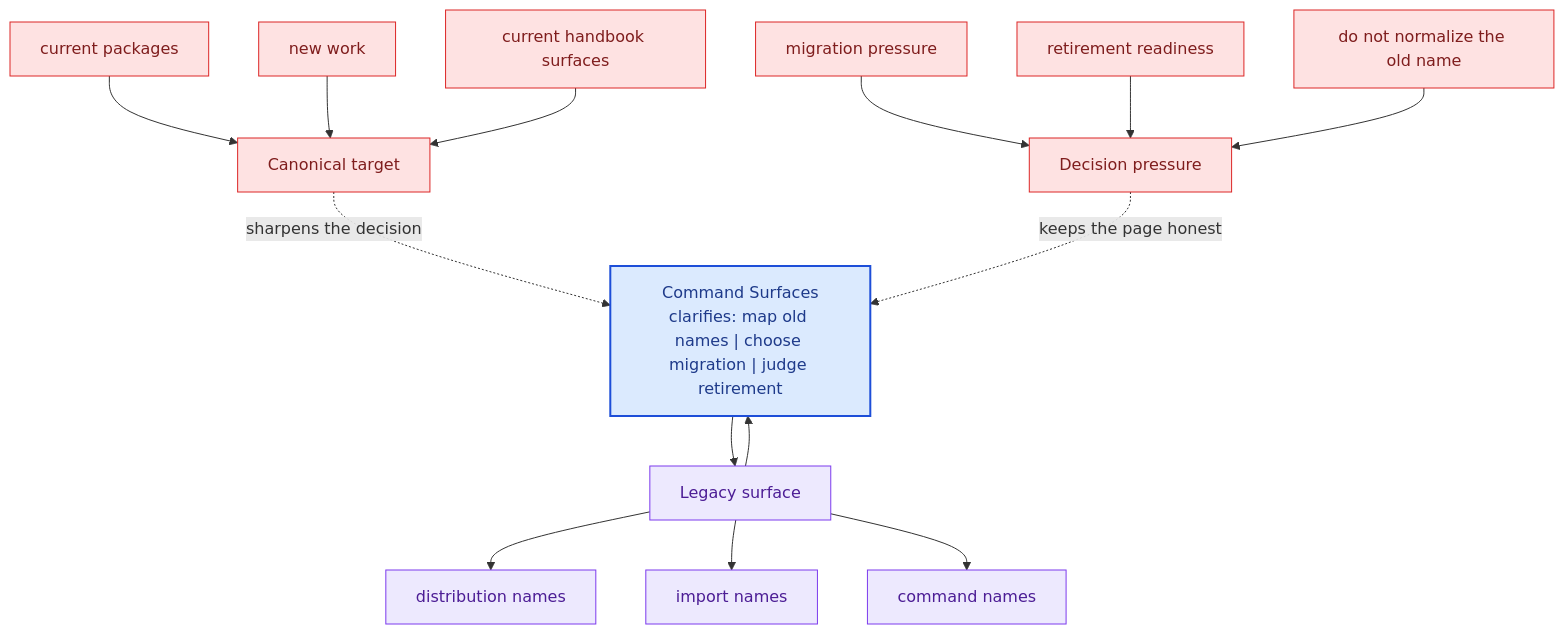
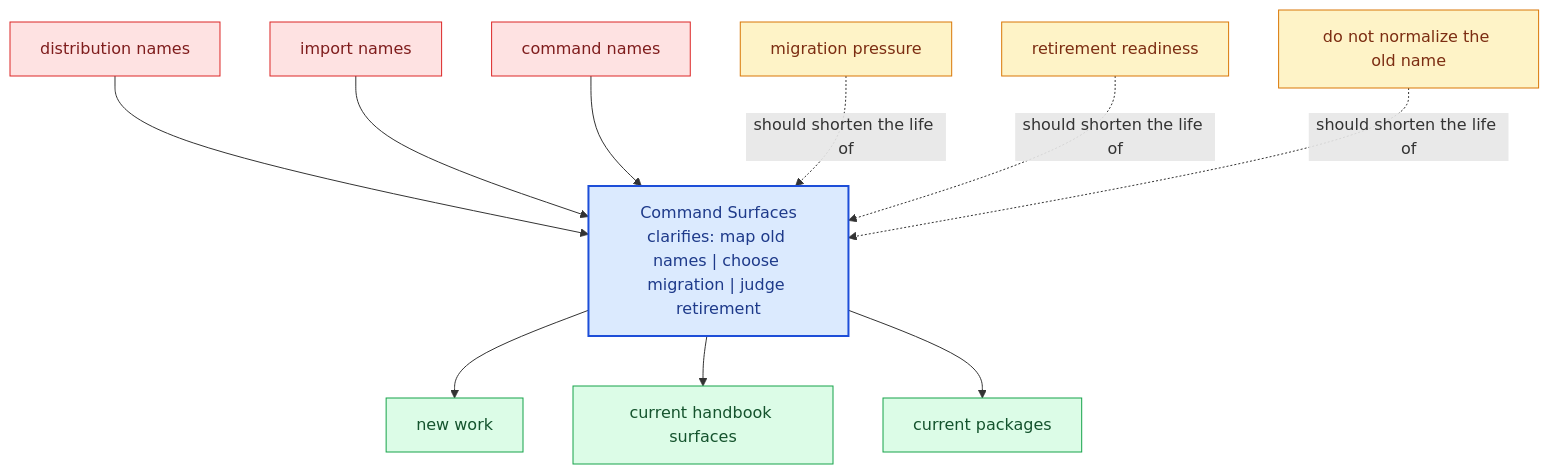
One commit to bijux/bijux-canon changed the diagram in docs/compat-packages/command-surfaces.md. Above: the diagram before and after it, drawn with Mermaid. The commit also changed other lines of this file and 281 other files, not shown here.

Commit message:
docs(diagrams): replace repeated mermaid scaffolds with page-specific summaries

````diff
--- a/docs/compat-packages/command-surfaces.md
+++ b/docs/compat-packages/command-surfaces.md
@@ -68,40 +23,31 @@
 ```mermaid
 flowchart TB
-    promise["Command Surfaces<br/>clarifies: map old names | choose migration | judge retirement"]
-    classDef promise fill:#dbeafe,stroke:#1d4ed8,color:#1e3a8a,stroke-width:2px;
-    classDef driver fill:#dcfce7,stroke:#16a34a,color:#14532d;
-    classDef constraint fill:#fee2e2,stroke:#dc2626,color:#7f1d1d;
-    classDef ground fill:#ede9fe,stroke:#7c3aed,color:#4c1d95;
-    focus1["Legacy surface"]
-    focus1 --> promise
-    promise --> focus1
-    focus1_1["distribution names"]
-    focus1 --> focus1_1
-    focus1_2["import names"]
-    focus1 --> focus1_2
-    focus1_3["command names"]
-    focus1 --> focus1_3
-    class focus1 ground;
-    class focus1_1,focus1_2,focus1_3 ground;
-    focus2["Canonical target"]
-    focus2 -.sharpens the decision.-> promise
-    focus2_1["current packages"]
-    focus2_1 --> focus2
-    focus2_2["new work"]
-    focus2_2 --> focus2
-    focus2_3["current handbook surfaces"]
-    focus2_3 --> focus2
-    class focus2 constraint;
-    class focus2_1,focus2_2,focus2_3 constraint;
-    focus3["Decision pressure"]
-    focus3 -.keeps the page honest.-> promise
-    focus3_1["migration pressure"]
-    focus3_1 --> focus3
-    focus3_2["retirement readiness"]
-    focus3_2 --> focus3
-    focus3_3["do not normalize the old name"]
-    focus3_3 --> focus3
-    class focus3 constraint;
-    class focus3_1,focus3_2,focus3_3 constraint;
-    class promise promise;
+    page["Command Surfaces<br/>clarifies: map old names | choose migration | judge retirement"]
+    classDef page fill:#dbeafe,stroke:#1d4ed8,color:#1e3a8a,stroke-width:2px;
+    classDef positive fill:#dcfce7,stroke:#16a34a,color:#14532d;
+    classDef caution fill:#fee2e2,stroke:#dc2626,color:#7f1d1d;
+    classDef anchor fill:#ede9fe,stroke:#7c3aed,color:#4c1d95;
+    classDef action fill:#fef3c7,stroke:#d97706,color:#7c2d12;
+    legacy1["distribution names"]
+    legacy1 --> page
+    legacy2["import names"]
+    legacy2 --> page
+    legacy3["command names"]
+    legacy3 --> page
+    canon1["new work"]
+    page --> canon1
+    canon2["current handbook surfaces"]
+    page --> canon2
+    canon3["current packages"]
+    page --> canon3
+    pressure1["migration pressure"]
+    pressure1 -.should shorten the life of.-> page
+    pressure2["retirement readiness"]
+    pressure2 -.should shorten the life of.-> page
+    pressure3["do not normalize the old name"]
+    pressure3 -.should shorten the life of.-> page
+    class page page;
+    class legacy1,legacy2,legacy3 caution;
+    class canon1,canon2,canon3 positive;
+    class pressure1,pressure2,pressure3 action;
 ```
````
